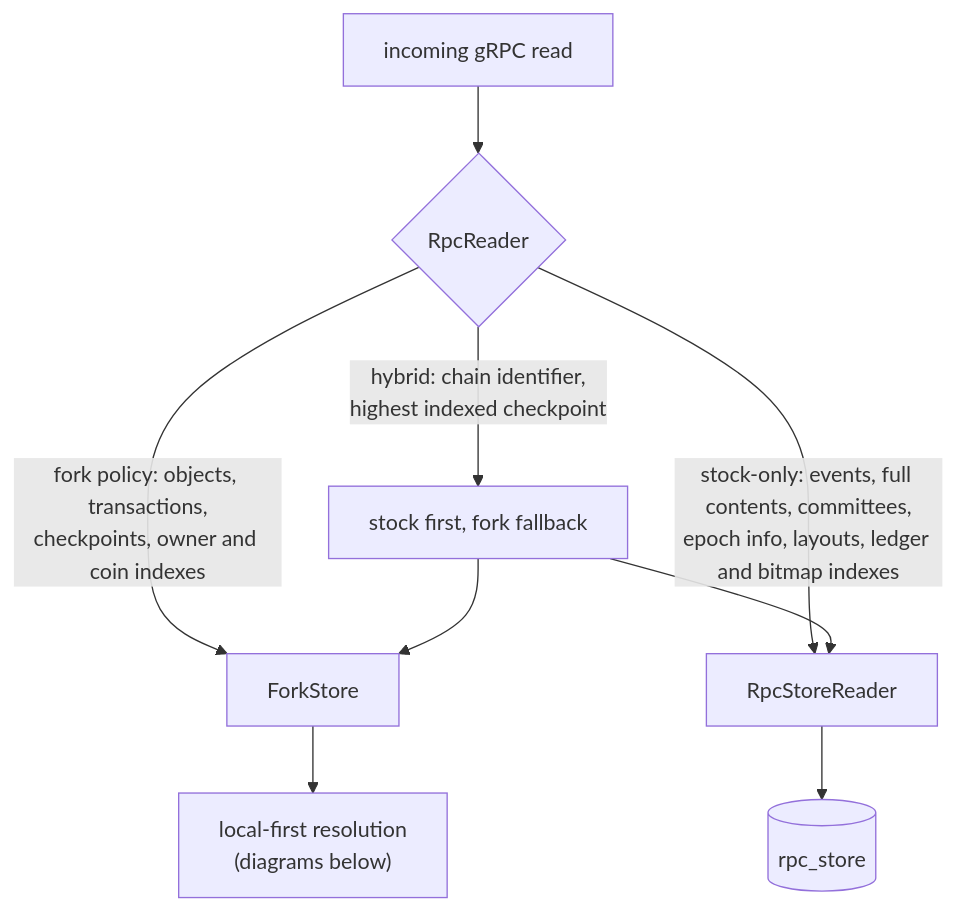
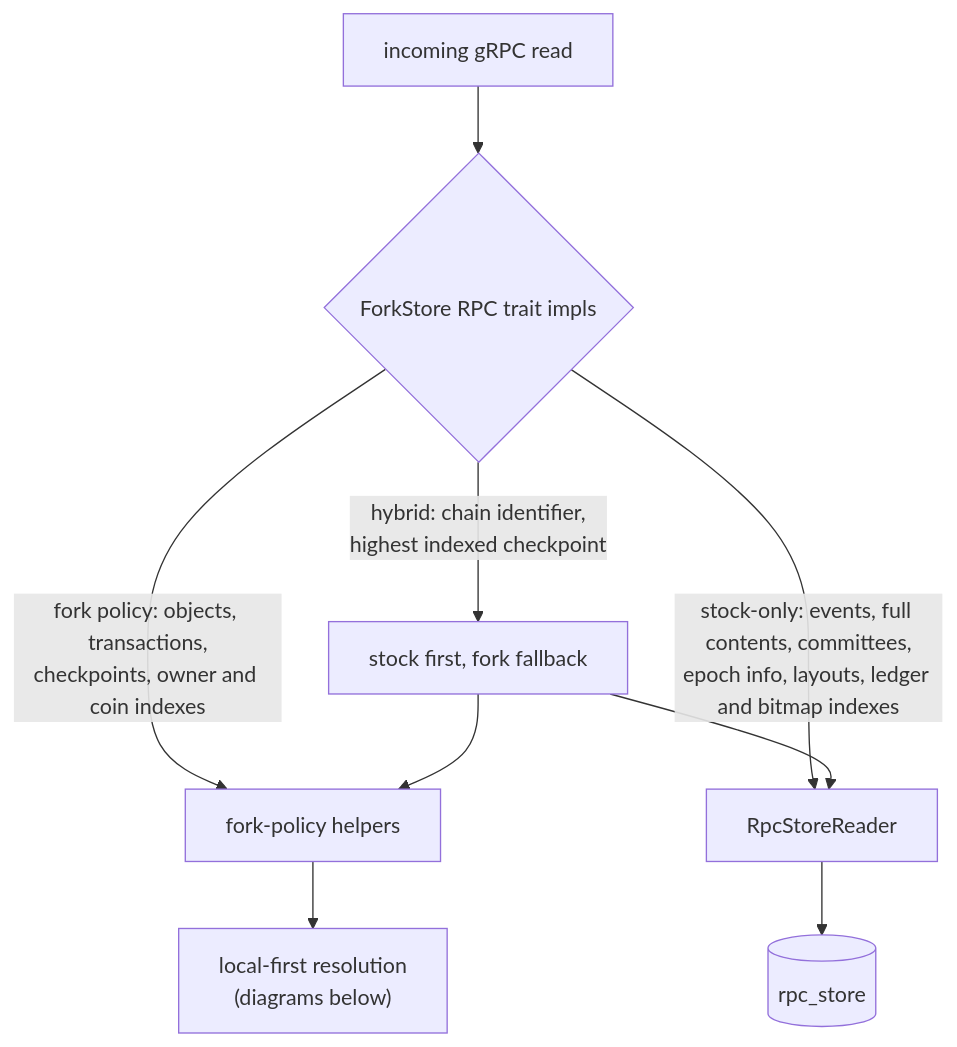
Before and after one commit to MystenLabs/sui: the second of 6 diagrams in crates/sui-fork/design/storage_diagrams.md, drawn with Mermaid. The commit also changed other lines of this file and 11 other files, not shown here.

First line of the commit message:
[sui-fork] Collapse RpcReader into ForkStore

````diff
--- a/crates/sui-fork/design/storage_diagrams.md
+++ b/crates/sui-fork/design/storage_diagrams.md
@@ -54,11 +58,11 @@
 ```mermaid
 flowchart TD
-    req[incoming gRPC read] --> route{RpcReader}
-    route -->|"fork policy: objects, transactions,<br/>checkpoints, owner and coin indexes"| fs[ForkStore]
+    req[incoming gRPC read] --> route{"ForkStore RPC trait impls"}
+    route -->|"fork policy: objects, transactions,<br/>checkpoints, owner and coin indexes"| fs["fork-policy helpers"]
     route -->|"stock-only: events, full contents, committees,<br/>epoch info, layouts, ledger and bitmap indexes"| stock[RpcStoreReader]
     route -->|"hybrid: chain identifier,<br/>highest indexed checkpoint"| hybrid[stock first, fork fallback]
     hybrid --> stock
     hybrid --> fs
     stock --> db[(rpc_store)]
     fs --> resolve["local-first resolution<br/>(diagrams below)"]
 ```
````
